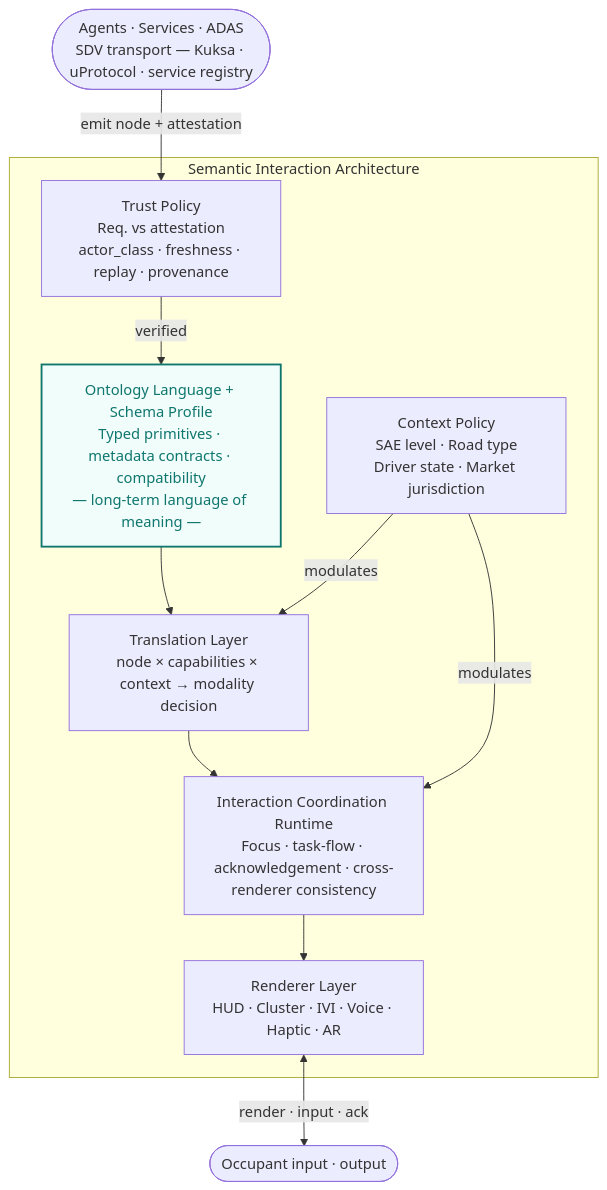
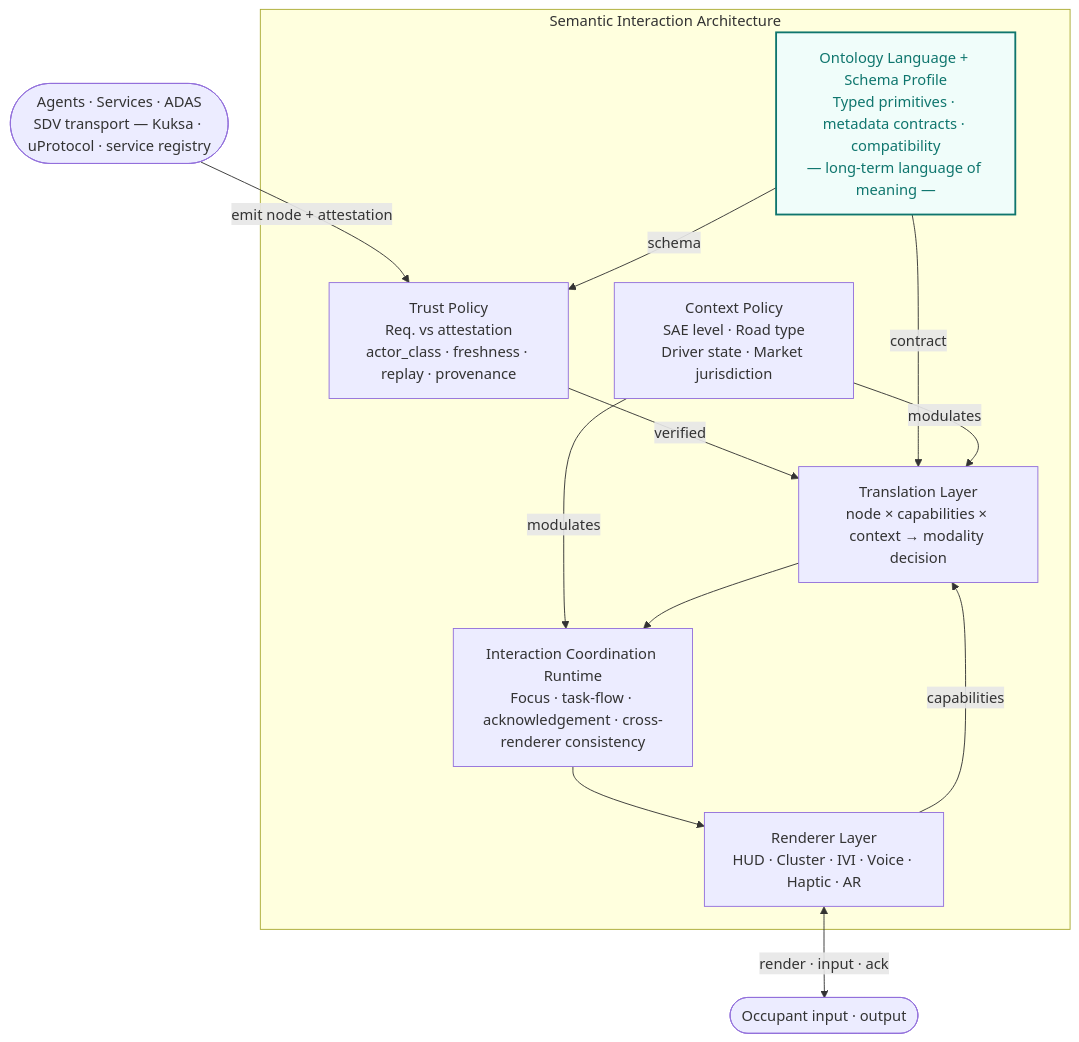
The second of 3 diagrams in 01_Semantic-Interaction-Architecture-sdv.md (yaneczech/SIA), drawn with Mermaid before and after one commit. The commit also changed other lines of this file and 2 other files, not shown here.

Commit message:
Refine Fig 2: O as authority reference, add capabilities feedback
Ontology Language + Schema Profile is now shown as authoritative reference:
  O -->|schema| TL  (TL validates against O, not data-flows through O)
  O -->|contract| T  (T interprets nodes according to O)
  TL -->|verified| T  (verified node enters pipeline at Translation)

Add R -->|capabilities| T: renderer capabilities now explicitly feed
back into Translation Layer, matching the "node × capabilities × context"
description already in the Translation Layer label.

Caption and §3 prose updated in all three files.

````diff
--- a/01_Semantic-Interaction-Architecture-sdv.md
+++ b/01_Semantic-Interaction-Architecture-sdv.md
@@ -92,25 +92,27 @@
 ```mermaid
 graph TB
     EXT2(["Agents · Services · ADAS\nSDV transport — Kuksa · uProtocol · service registry"])
     EXT1(["Occupant input · output"])
 
     subgraph SIA ["Semantic Interaction Architecture"]
+        O["Ontology Language + Schema Profile\nTyped primitives · metadata contracts · compatibility\n— long-term language of meaning —"]
         TL["Trust Policy\nReq. vs attestation\nactor_class · freshness · replay · provenance"]
-        O["Ontology Language + Schema Profile\nTyped primitives · metadata contracts · compatibility\n— long-term language of meaning —"]
         CE["Context Policy\nSAE level · Road type\nDriver state · Market jurisdiction"]
         T["Translation Layer\nnode × capabilities × context → modality decision"]
         RT["Interaction Coordination Runtime\nFocus · task-flow · acknowledgement · cross-renderer consistency"]
         R["Renderer Layer\nHUD · Cluster · IVI · Voice · Haptic · AR"]
     end
 
     EXT2 -->|"emit node + attestation"| TL
-    TL -->|"verified"| O
-    O --> T
+    O -->|"schema"| TL
+    TL -->|"verified"| T
+    O -->|"contract"| T
+    R -->|"capabilities"| T
     CE -->|"modulates"| T
     CE -->|"modulates"| RT
     T --> RT
     RT --> R
     R <-->|"render · input · ack"| EXT1
 
     style O fill:#f0fdfa,stroke:#0f766e,stroke-width:2px,color:#0f766e
 ```
````
